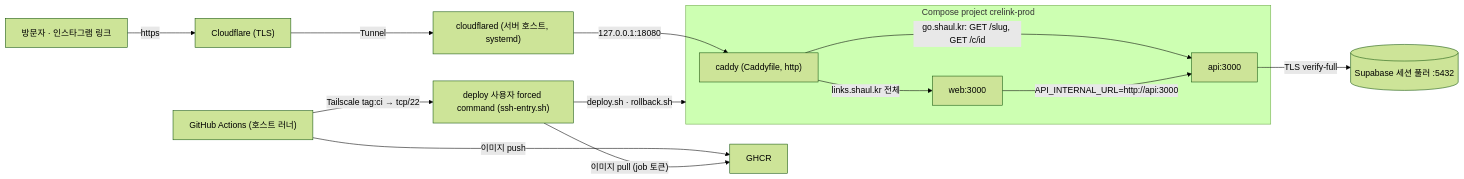
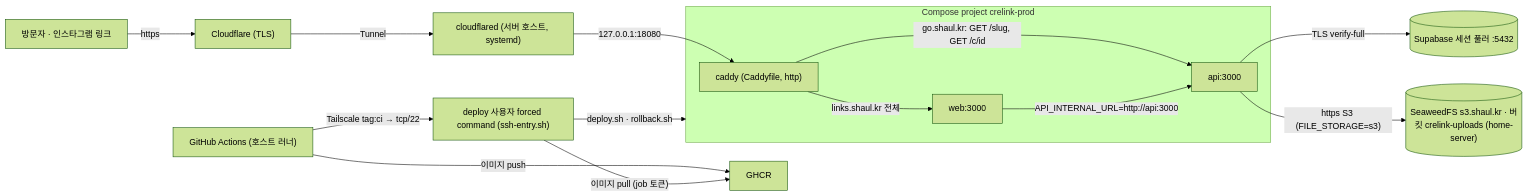
One commit to ai-worker-lab/crelink changed the diagram in docs/specs/crelink-prod-deploy.md. Above: the diagram before and after it, drawn with Mermaid (forest theme). The commit also changed other lines of this file and 23 other files, not shown here.

Commit message:
업로드 S3 호환 저장소: S3FileStorage·FILE_STORAGE/S3_* 설정·계약 시험(SeaweedFS), .sops.yaml 평문 키, 설계·런북 9·문서 (docs/work/orchestrator/0030-uploads-s3-storage.md)

````diff
--- a/docs/specs/crelink-prod-deploy.md
+++ b/docs/specs/crelink-prod-deploy.md
@@ -12,16 +12,17 @@
 ```mermaid
 flowchart LR
   V["방문자 · 인스타그램 링크"] -->|https| CF["Cloudflare (TLS)"]
   CF -->|Tunnel| CFD["cloudflared (서버 호스트, systemd)"]
   CFD -->|"127.0.0.1:18080"| C
   subgraph S["Compose project crelink-prod"]
     C["caddy (Caddyfile, http)"] -->|"go.shaul.kr: GET /slug, GET /c/id"| A["api:3000"]
     C -->|"links.shaul.kr 전체"| W["web:3000"]
     W -->|"API_INTERNAL_URL=http://api:3000"| A
   end
   A -->|"TLS verify-full"| DB[("Supabase 세션 풀러 :5432")]
+  A -->|"https S3 (FILE_STORAGE=s3)"| S3[("SeaweedFS s3.shaul.kr · 버킷 crelink-uploads (home-server)")]
   GHA["GitHub Actions (호스트 러너)"] -->|"Tailscale tag:ci → tcp/22"| E["deploy 사용자 forced command (ssh-entry.sh)"]
   E -->|"deploy.sh · rollback.sh"| S
   GHA -->|"이미지 push"| R["GHCR"]
   E -->|"이미지 pull (job 토큰)"| R
 ```
````
